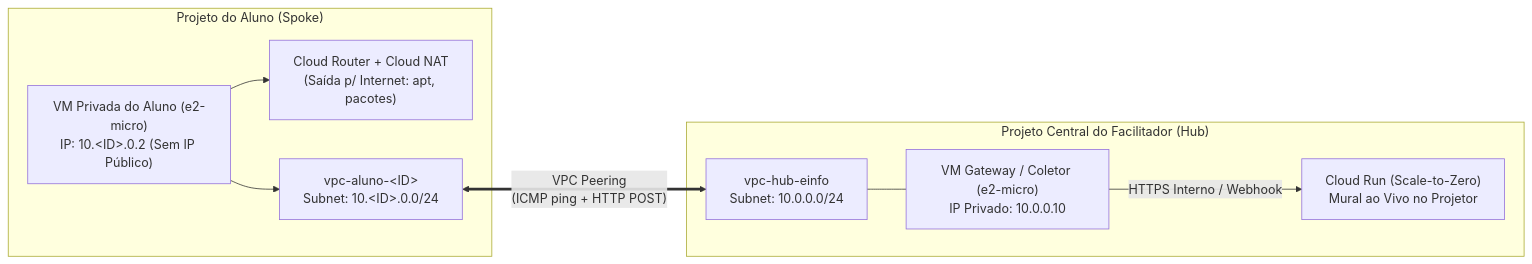
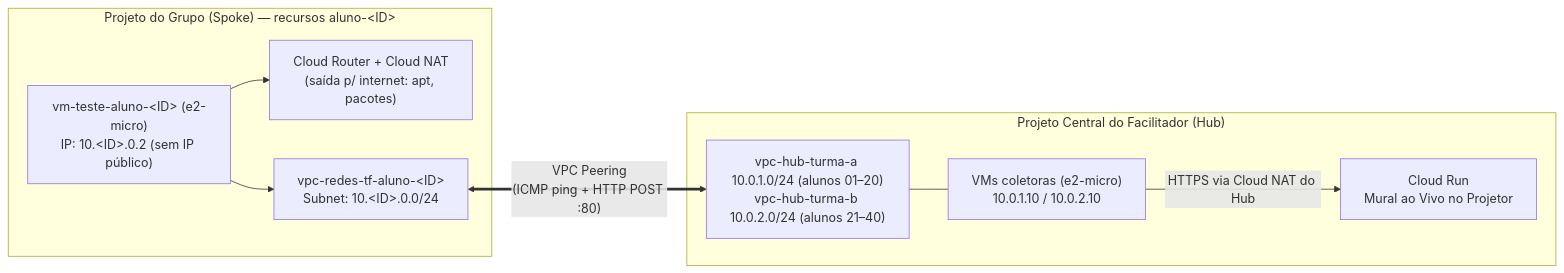
One commit to LuanCSousa/mini-curso-redes-tf-gcp changed the diagram in docs/ementa/ementa-completa.md. Above: the diagram before and after it, drawn with Mermaid. The commit also changed other lines of this file and 7 other files, not shown here.

````diff
--- a/docs/ementa/ementa-completa.md
+++ b/docs/ementa/ementa-completa.md
@@ -56,20 +56,20 @@
 ```mermaid
 flowchart LR
-    subgraph Aluno["Projeto do Aluno (Spoke)"]
-        VM_A["VM Privada do Aluno (e2-micro)<br/>IP: 10.&lt;ID&gt;.0.2 (Sem IP Público)"]
-        NAT_A["Cloud Router + Cloud NAT<br/>(Saída p/ Internet: apt, pacotes)"]
-        VPC_A["vpc-aluno-&lt;ID&gt;<br/>Subnet: 10.&lt;ID&gt;.0.0/24"]
+    subgraph Aluno["Projeto do Grupo (Spoke) — recursos aluno-&lt;ID&gt;"]
+        VM_A["vm-teste-aluno-&lt;ID&gt; (e2-micro)<br/>IP: 10.&lt;ID&gt;.0.2 (sem IP público)"]
+        NAT_A["Cloud Router + Cloud NAT<br/>(saída p/ internet: apt, pacotes)"]
+        VPC_A["vpc-redes-tf-aluno-&lt;ID&gt;<br/>Subnet: 10.&lt;ID&gt;.0.0/24"]
         VM_A --> NAT_A
         VM_A --> VPC_A
     end
 
     subgraph Hub["Projeto Central do Facilitador (Hub)"]
-        VPC_H["vpc-hub-einfo<br/>Subnet: 10.0.0.0/24"]
-        GW_H["VM Gateway / Coletor (e2-micro)<br/>IP Privado: 10.0.0.10"]
-        CR_H["Cloud Run (Scale-to-Zero)<br/>Mural ao Vivo no Projetor"]
+        VPC_H["vpc-hub-turma-a 10.0.1.0/24 (alunos 01–20)<br/>vpc-hub-turma-b 10.0.2.0/24 (alunos 21–40)"]
+        GW_H["VMs coletoras (e2-micro)<br/>10.0.1.10 / 10.0.2.10"]
+        CR_H["Cloud Run<br/>Mural ao Vivo no Projetor"]
         VPC_H --- GW_H
-        GW_H -- "HTTPS Interno / Webhook" --> CR_H
+        GW_H -- "HTTPS via Cloud NAT do Hub" --> CR_H
     end
 
-    VPC_A <== "VPC Peering<br/>(ICMP ping + HTTP POST)" ==> VPC_H
+    VPC_A <== "VPC Peering<br/>(ICMP ping + HTTP POST :80)" ==> VPC_H
 ```
````
